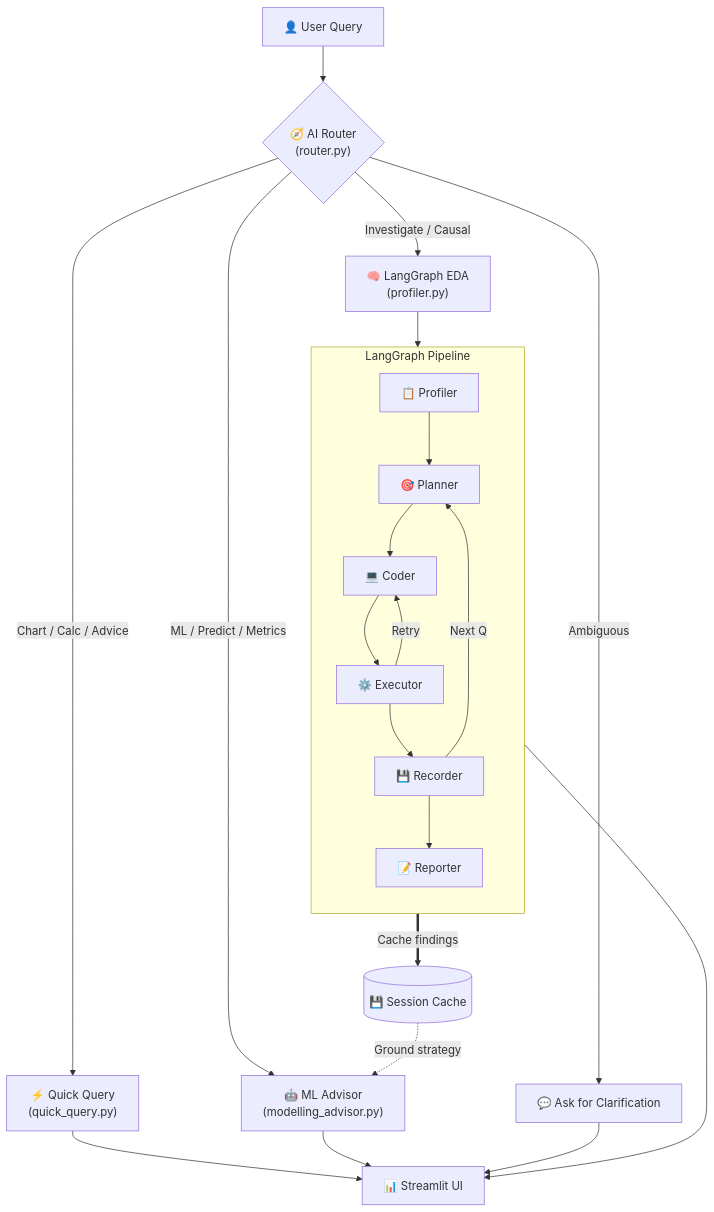
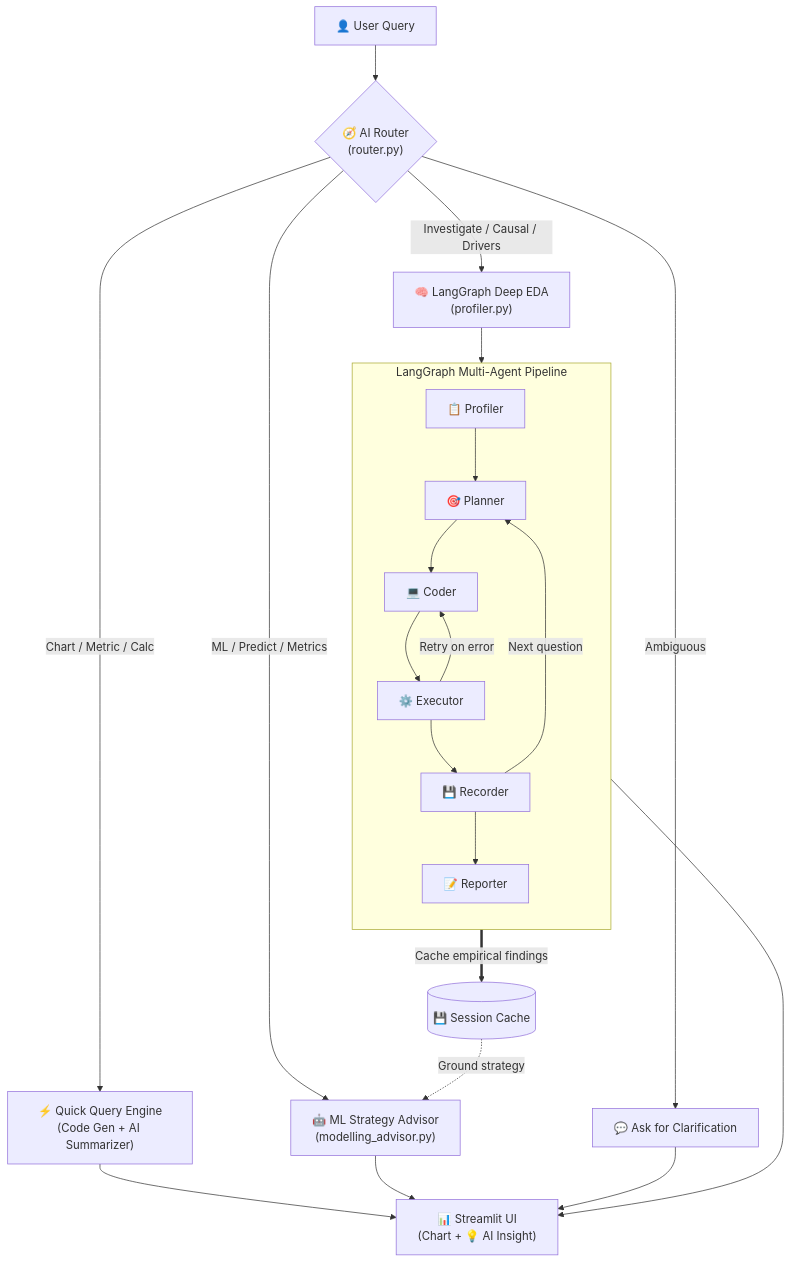
Before and after one commit to Deathslayer007/EDA-Agent: the fourth of 6 diagrams in README.md, drawn with Mermaid. The commit also changed other lines of this file and 3 other files, not shown here.

Commit message:
added summarizer to quick_query

````diff
--- a/README.md
+++ b/README.md
@@ -87,30 +101,30 @@
 ```mermaid
 flowchart TD
     User["👤 User Query"] --> Router{"🧭 AI Router\n(router.py)"}
 
-    Router -->|"Chart / Calc / Advice"| QQ["⚡ Quick Query\n(quick_query.py)"]
-    Router -->|"Investigate / Causal"| EDA["🧠 LangGraph EDA\n(profiler.py)"]
-    Router -->|"ML / Predict / Metrics"| ML["🤖 ML Advisor\n(modelling_advisor.py)"]
+    Router -->|"Chart / Metric / Calc"| QQ["⚡ Quick Query Engine\n(Code Gen + AI Summarizer)"]
+    Router -->|"Investigate / Causal / Drivers"| EDA["🧠 LangGraph Deep EDA\n(profiler.py)"]
+    Router -->|"ML / Predict / Metrics"| ML["🤖 ML Strategy Advisor\n(modelling_advisor.py)"]
     Router -->|"Ambiguous"| Clarify["💬 Ask for Clarification"]
 
     EDA --> Graph
 
-    subgraph Graph ["LangGraph Pipeline"]
+    subgraph Graph ["LangGraph Multi-Agent Pipeline"]
         direction TB
         Profiler["📋 Profiler"] --> Planner["🎯 Planner"]
         Planner --> Coder["💻 Coder"]
         Coder --> Executor["⚙️ Executor"]
-        Executor -->|"Retry"| Coder
+        Executor -->|"Retry on error"| Coder
         Executor --> Recorder["💾 Recorder"]
-        Recorder -->|"Next Q"| Planner
+        Recorder -->|"Next question"| Planner
         Recorder --> Reporter["📝 Reporter"]
     end
 
-    Graph ==>|"Cache findings"| Cache[("💾 Session Cache")]
+    Graph ==>|"Cache empirical findings"| Cache[("💾 Session Cache")]
     Cache -.->|"Ground strategy"| ML
 
-    QQ --> UI["📊 Streamlit UI"]
+    QQ --> UI["📊 Streamlit UI\n(Chart + 💡 AI Insight)"]
     Graph --> UI
     ML --> UI
     Clarify --> UI
 ```
````
